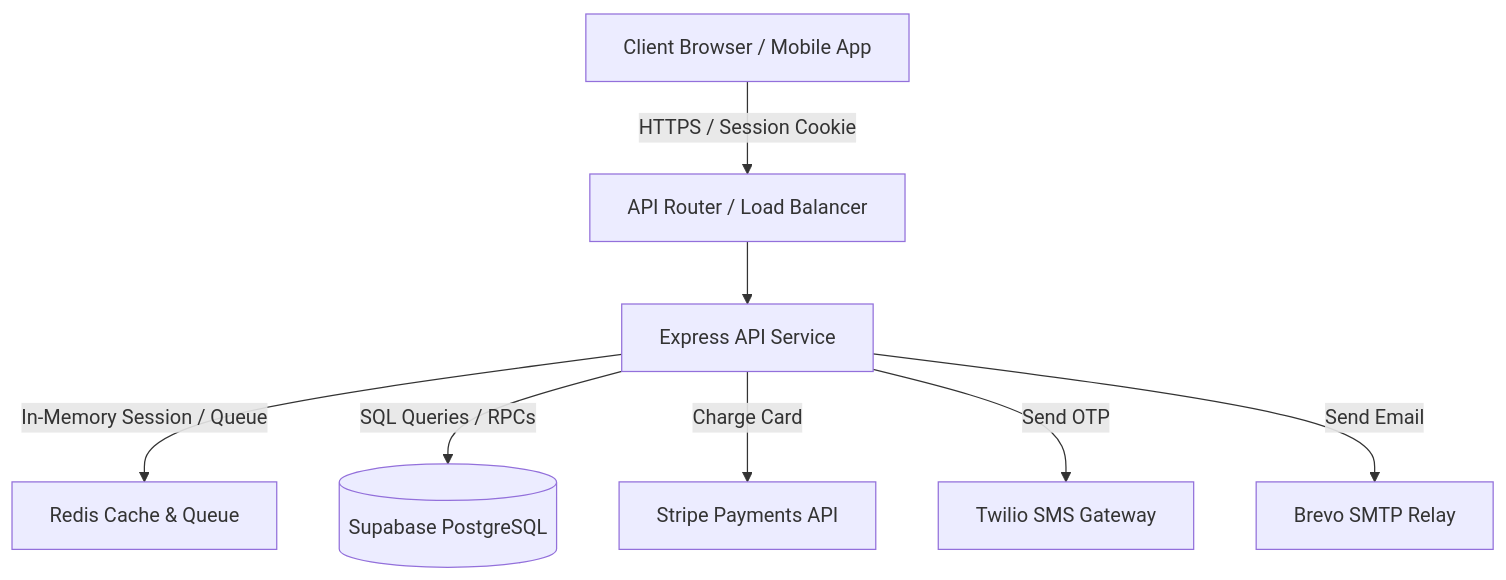
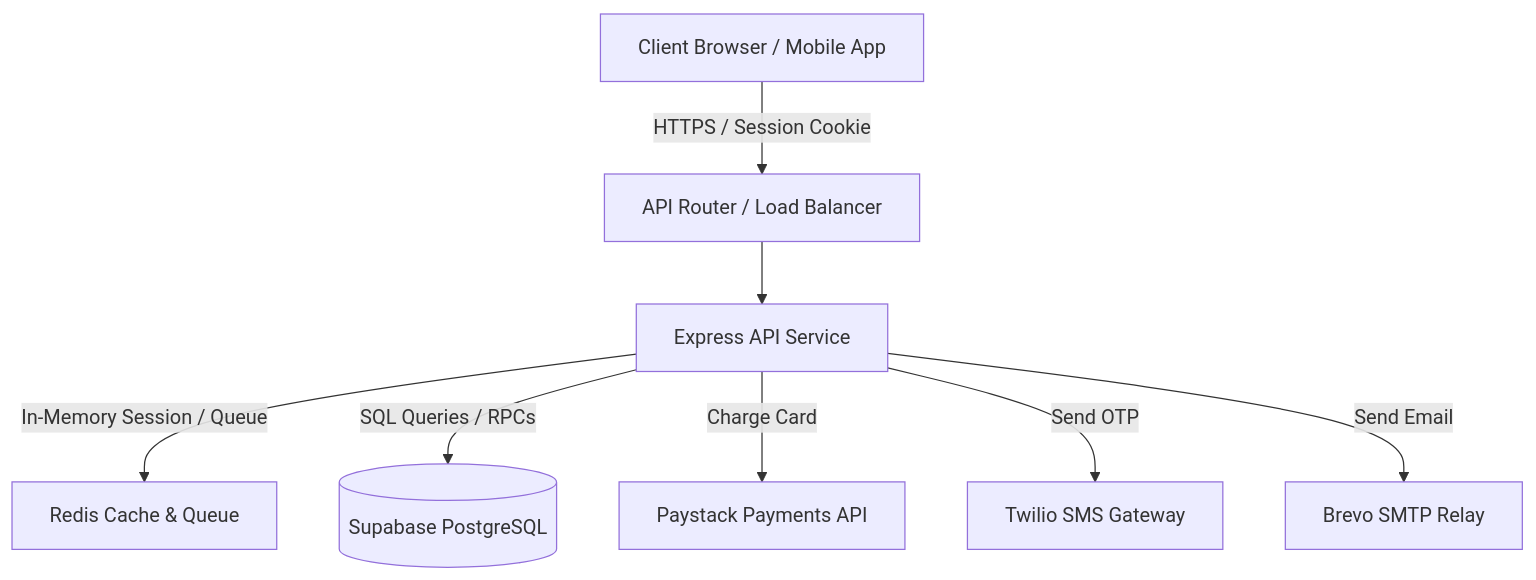
The first of 2 diagrams in Backend/docs/architecture-design.md (Code-X65/Nova_Store), drawn with Mermaid before and after one commit. The commit also changed 40 other files, not shown here.

````diff
--- a/Backend/docs/architecture-design.md
+++ b/Backend/docs/architecture-design.md
@@ -11,19 +11,19 @@
 ```mermaid
 graph TD
     Client[Client Browser / Mobile App]
     LB[API Router / Load Balancer]
     API[Express API Service]
     Redis[Redis Cache & Queue]
     PG[(Supabase PostgreSQL)]
-    Stripe[Stripe Payments API]
+    Paystack[Paystack Payments API]
     Twilio[Twilio SMS Gateway]
     Brevo[Brevo SMTP Relay]
 
     Client -- HTTPS / Session Cookie --> LB
     LB --> API
     API -- In-Memory Session / Queue --> Redis
     API -- SQL Queries / RPCs --> PG
-    API -- Charge Card --> Stripe
+    API -- Charge Card --> Paystack
     API -- Send OTP --> Twilio
     API -- Send Email --> Brevo
 ```
````
